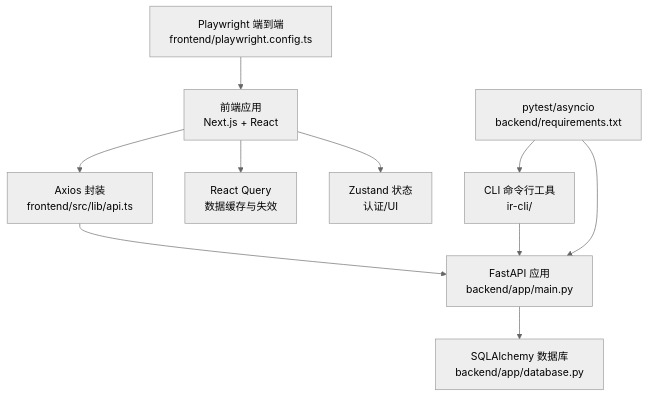
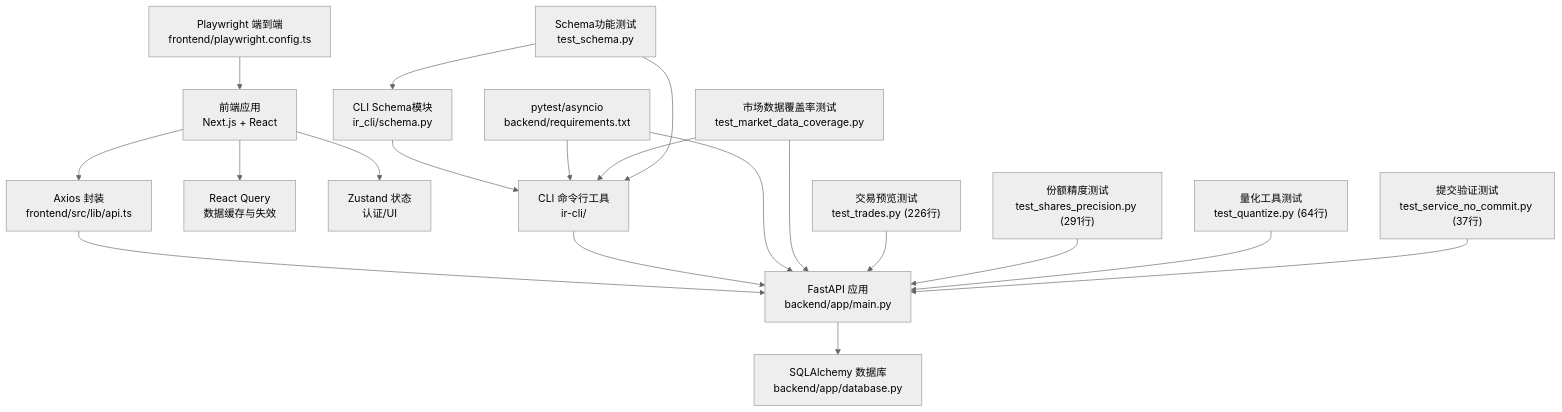
One commit to gujialind/InvestRing changed the second of 19 diagrams in .qoder/repowiki/zh/content/开发指南/测试策略/测试策略.md. Above: the diagram before and after it, drawn with Mermaid (neutral theme). The commit also changed other lines of this file and 19 other files, not shown here.

````diff
--- a/.qoder/repowiki/zh/content/开发指南/测试策略/测试策略.md
+++ b/.qoder/repowiki/zh/content/开发指南/测试策略/测试策略.md
@@ -155,21 +190,37 @@
 ```mermaid
 graph TB
 FE["前端应用<br/>Next.js + React"]
 AX["Axios 封装<br/>frontend/src/lib/api.ts"]
 RQ["React Query<br/>数据缓存与失效"]
 ZU["Zustand 状态<br/>认证/UI"]
 CLI["CLI 命令行工具<br/>ir-cli/"]
+SCHEMA["CLI Schema模块<br/>ir_cli/schema.py"]
 BK["FastAPI 应用<br/>backend/app/main.py"]
 DB["SQLAlchemy 数据库<br/>backend/app/database.py"]
 PY["pytest/asyncio<br/>backend/requirements.txt"]
 PW["Playwright 端到端<br/>frontend/playwright.config.ts"]
+MDC["市场数据覆盖率测试<br/>test_market_data_coverage.py"]
+T_SCHEMA["Schema功能测试<br/>test_schema.py"]
+T_TRADES["交易预览测试<br/>test_trades.py (226行)"]
+T_PRECISION["份额精度测试<br/>test_shares_precision.py (291行)"]
+T_QUANTIZE["量化工具测试<br/>test_quantize.py (64行)"]
+T_NOCOMMIT["提交验证测试<br/>test_service_no_commit.py (37行)"]
 FE --> AX
 AX --> BK
 FE --> RQ
 FE --> ZU
 CLI --> BK
+SCHEMA --> CLI
 BK --> DB
 PY --> BK
 PY --> CLI
 PW --> FE
+MDC --> BK
+MDC --> CLI
+T_SCHEMA --> SCHEMA
+T_SCHEMA --> CLI
+T_TRADES --> BK
+T_PRECISION --> BK
+T_QUANTIZE --> BK
+T_NOCOMMIT --> BK
 ```
````
